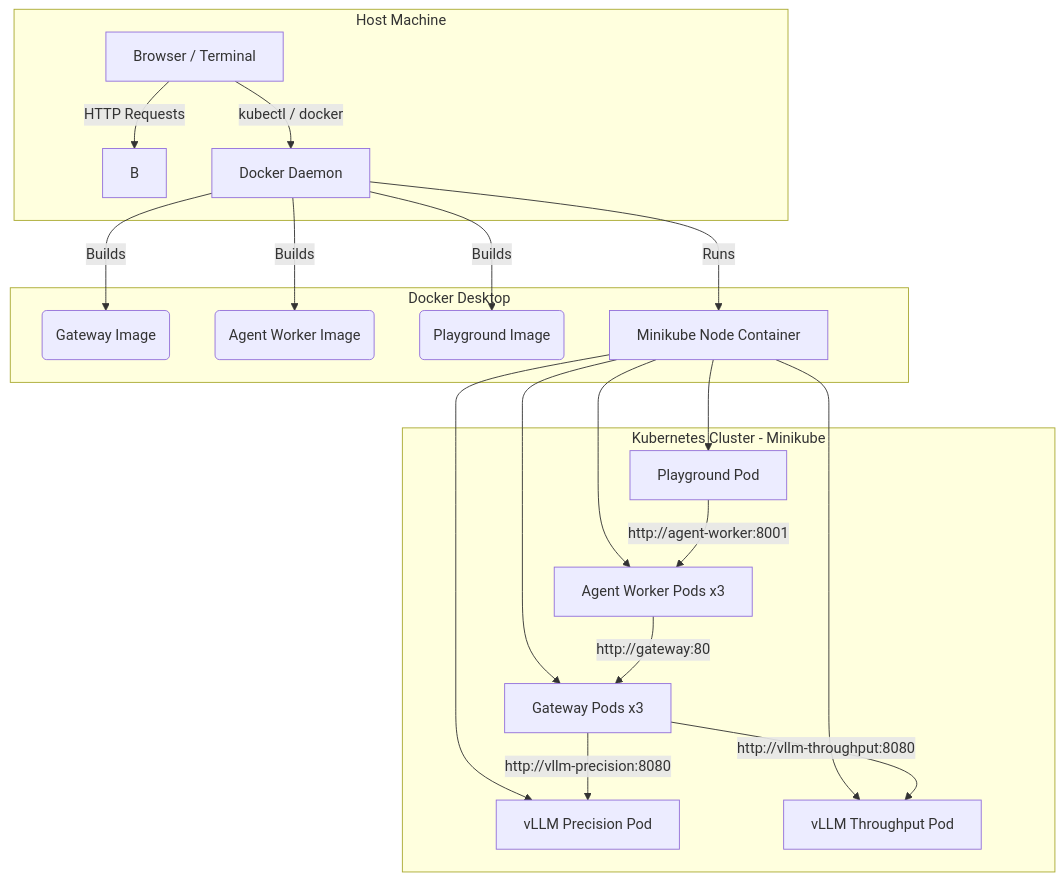
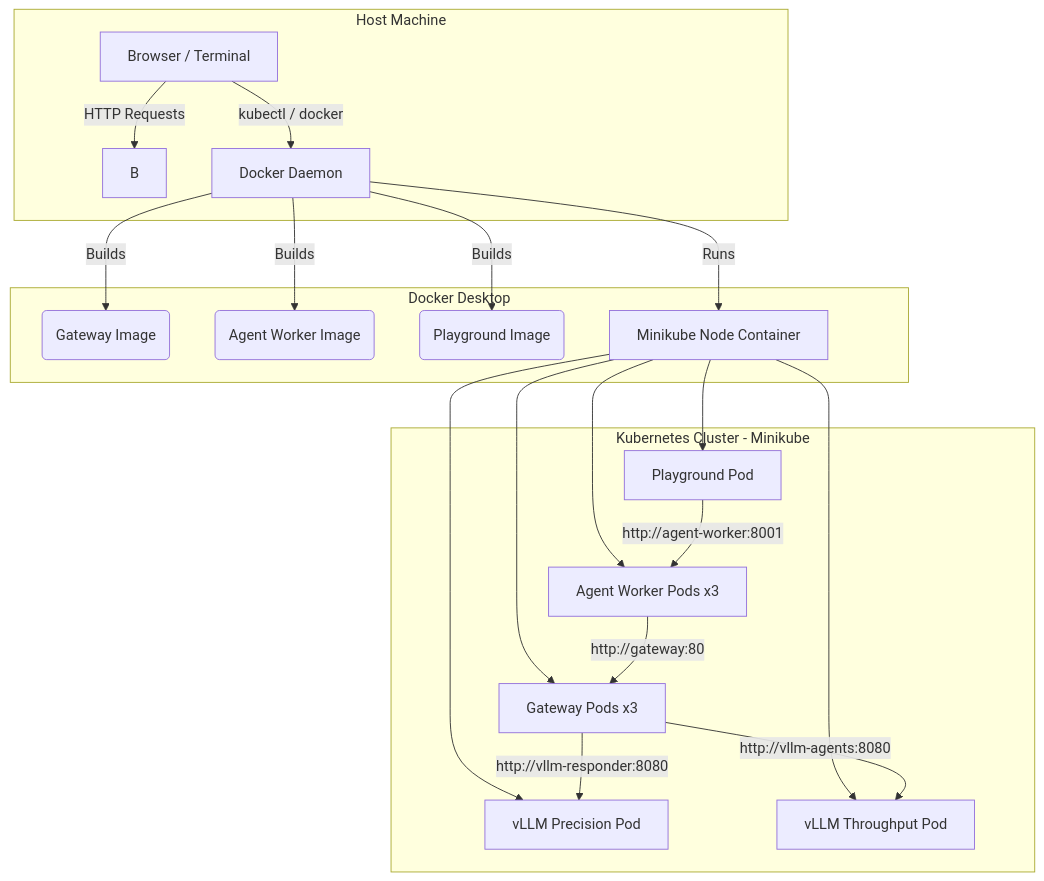
One commit to savyasachi6/llm-serving-platform changed the first of 2 diagrams in docs/architecture/system_flow_guide.md. Above: the diagram before and after it, drawn with Mermaid. The commit also changed other lines of this file and 47 other files, not shown here.

Commit message:
feat: implement multi-engine gateway architecture with heterogeneous vLLM support and Kubernetes infrastructure

````diff
--- a/docs/architecture/system_flow_guide.md
+++ b/docs/architecture/system_flow_guide.md
@@ -15,26 +15,26 @@
 ```mermaid
 graph TD
     subgraph Host Machine
         A[Browser / Terminal] -->|HTTP Requests| B
         A -->|kubectl / docker| C[Docker Daemon]
     end
     
     subgraph Docker Desktop
         C -->|Builds| D(Gateway Image)
         C -->|Builds| D2(Agent Worker Image)
         C -->|Builds| D3(Playground Image)
         C -->|Runs| E[Minikube Node Container]
     end
     
     subgraph Kubernetes Cluster - Minikube
         E --> F[Gateway Pods x3]
         E --> G1[vLLM Precision Pod]
         E --> G2[vLLM Throughput Pod]
         E --> H[Agent Worker Pods x3]
         E --> I[Playground Pod]
         H -->|http://gateway:80| F
-        F -->|http://vllm-precision:8080| G1
-        F -->|http://vllm-throughput:8080| G2
+        F -->|http://vllm-responder:8080| G1
+        F -->|http://vllm-agents:8080| G2
         I -->|http://agent-worker:8001| H
     end
 ```
````
